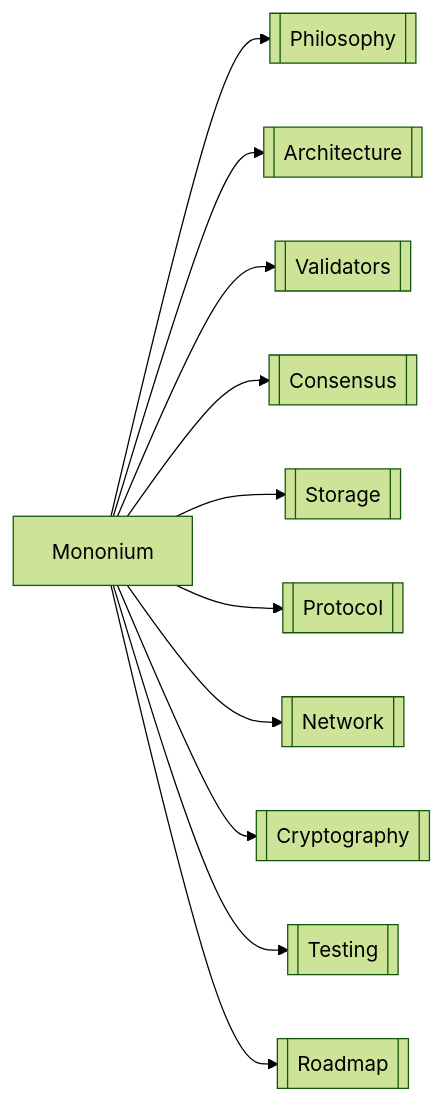
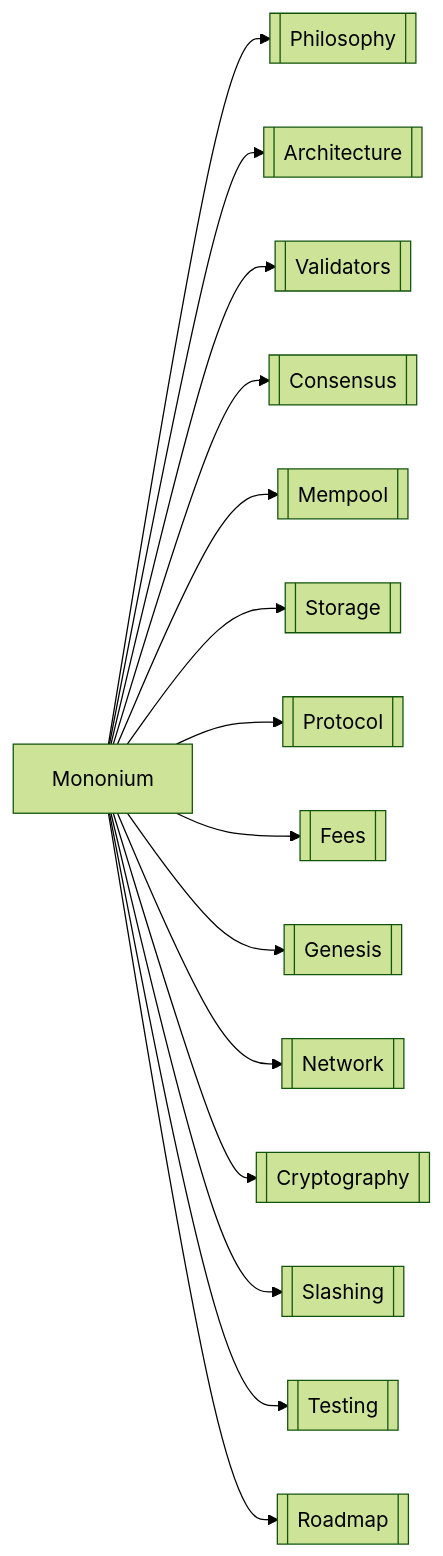
The diagram in docs/plans/V0.5.0/Mainflow.md (Monbuticloud/mononium), drawn with Mermaid (forest theme) before and after one commit. The commit also changed other lines of this file and 10 other files, not shown here.

````diff
--- a/docs/plans/V0.5.0/Mainflow.md
+++ b/docs/plans/V0.5.0/Mainflow.md
@@ -9,13 +9,17 @@
 ```mermaid
 graph LR
     A[Mononium] --> B[[Philosophy]]
     A --> C[[Architecture]]
     A --> D[[Validators]]
     A --> E[[Consensus]]
+    A --> EE[[Mempool]]
     A --> F[[Storage]]
     A --> G[[Protocol]]
+    A --> GG[[Fees]]
+    A --> GGG[[Genesis]]
     A --> H[[Network]]
     A --> I[[Cryptography]]
+    A --> II[[Slashing]]
     A --> J[[Testing]]
     A --> K[[Roadmap]]
 ```
````
